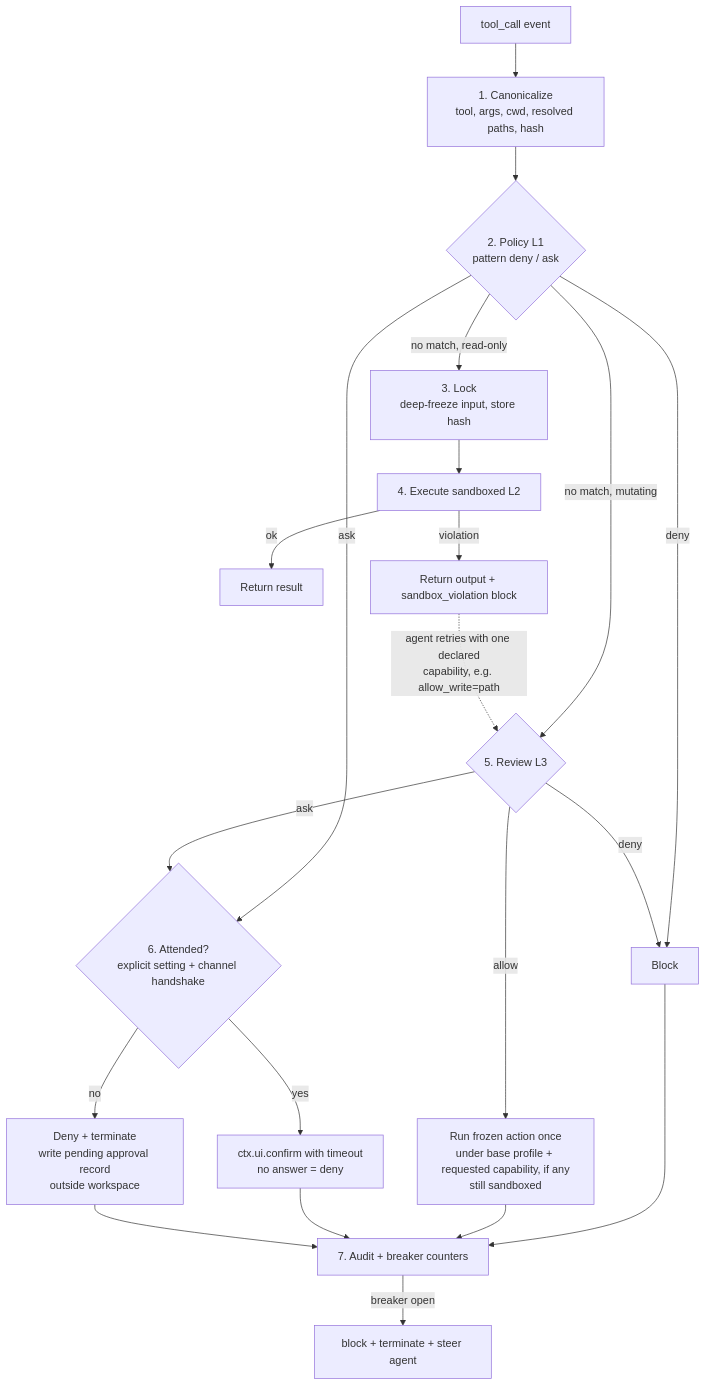
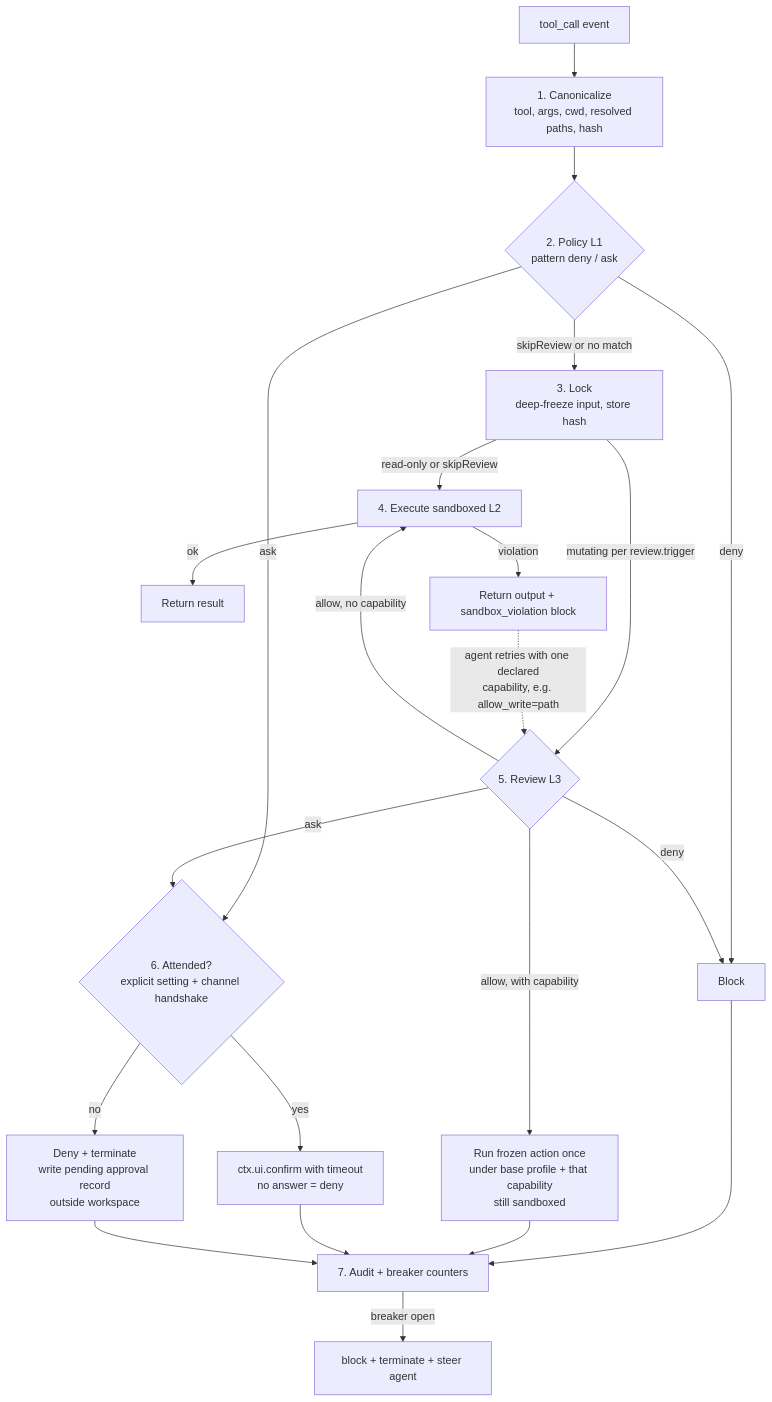
Before and after one commit to frycm/pi-enclave: the diagram in README.md, drawn with Mermaid. The commit also changed other lines of this file, not shown here.

First line of the commit message:
docs: address review on PR #2

````diff
--- a/README.md
+++ b/README.md
@@ -167,23 +173,24 @@
 ```mermaid
 flowchart TD
     A[tool_call event] --> B[1. Canonicalize<br/>tool, args, cwd, resolved paths, hash]
     B --> C{2. Policy L1<br/>pattern deny / ask}
     C -->|deny| X[Block]
     C -->|ask| ESC
-    C -->|no match, read-only| D[3. Lock<br/>deep-freeze input, store hash]
-    C -->|no match, mutating| R
-    D --> E[4. Execute sandboxed L2]
+    C -->|skipReview or no match| D[3. Lock<br/>deep-freeze input, store hash]
+    D -->|read-only or skipReview| E[4. Execute sandboxed L2]
+    D -->|mutating per review.trigger| R
+    R -->|allow, no capability| E
     E -->|ok| OK[Return result]
     E -->|violation| V[Return output + sandbox_violation block]
     V -.->|agent retries with one declared<br/>capability, e.g. allow_write=path| R{5. Review L3}
-    R -->|allow| RUN[Run frozen action once<br/>under base profile + requested capability, if any<br/>still sandboxed]
+    R -->|allow, with capability| RUN[Run frozen action once<br/>under base profile + that capability<br/>still sandboxed]
     R -->|deny| X
     R -->|ask| ESC{6. Attended?<br/>explicit setting + channel handshake}
     ESC -->|yes| CONFIRM[ctx.ui.confirm with timeout<br/>no answer = deny]
     ESC -->|no| PEND[Deny + terminate<br/>write pending approval record<br/>outside workspace]
     X --> ACC[7. Audit + breaker counters]
     RUN --> ACC
     CONFIRM --> ACC
     PEND --> ACC
     ACC -->|breaker open| TERM[block + terminate + steer agent]
 ```
````
